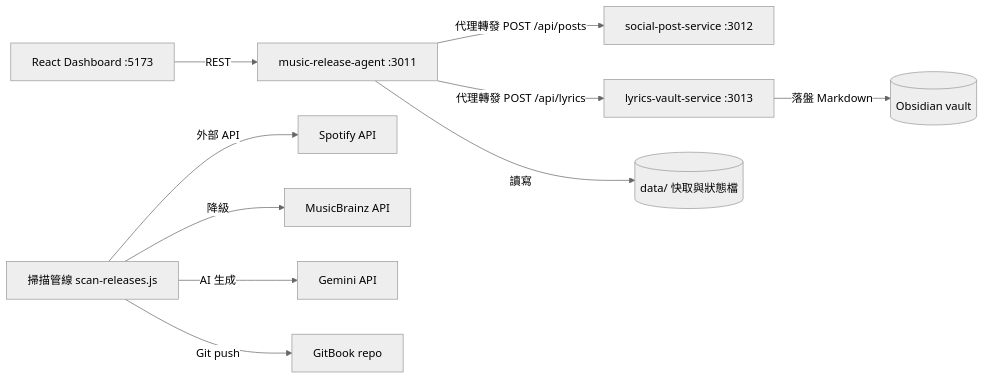
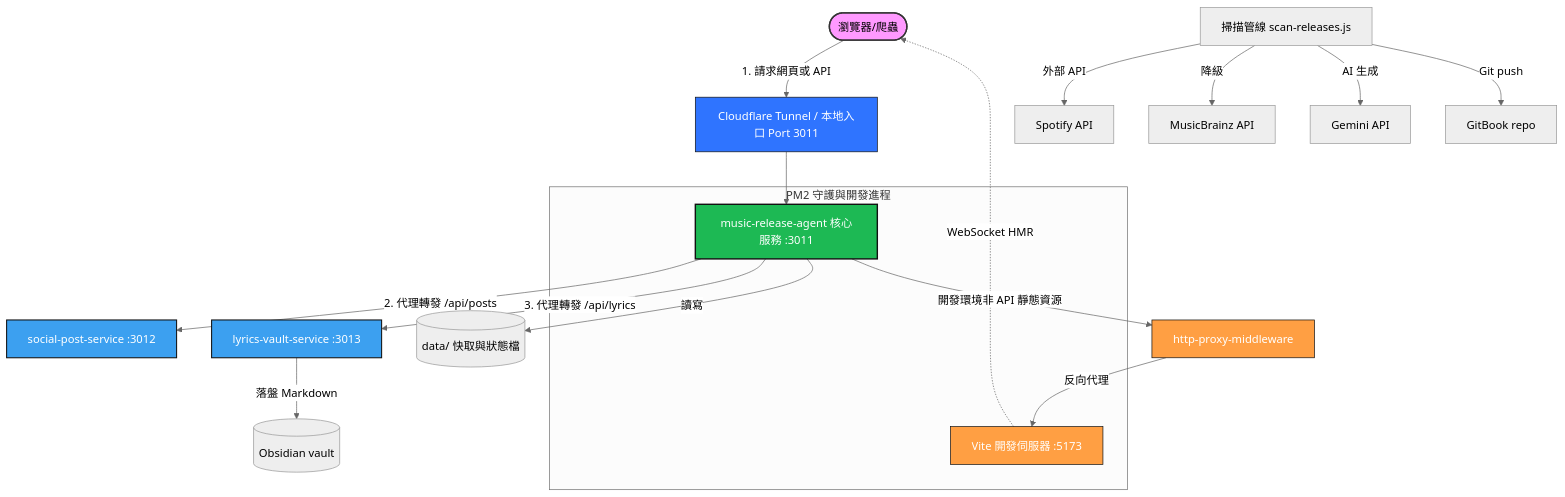
Before and after one commit to sunpochin/music-release-agent: the diagram in docs/architecture.md, drawn with Mermaid (neutral theme). The commit also changed other lines of this file and 14 other files, not shown here.

````diff
--- a/docs/architecture.md
+++ b/docs/architecture.md
@@ -11,12 +11,39 @@
 ```mermaid
-graph LR
-    Dashboard[React Dashboard :5173] -->|REST| Core[music-release-agent :3011]
-    Core -->|代理轉發 POST /api/posts| Social[social-post-service :3012]
-    Core -->|代理轉發 POST /api/lyrics| Lyrics[lyrics-vault-service :3013]
+graph TD
+    %% 定義風格
+    classDef client fill:#f9f,stroke:#333,stroke-width:2px;
+    classDef cf fill:#2f74ff,stroke:#111,stroke-width:1px,color:#fff;
+    classDef backend fill:#1db954,stroke:#111,stroke-width:2px,color:#fff;
+    classDef companion fill:#3ca0f0,stroke:#111,stroke-width:1.5px,color:#fff;
+    classDef frontend fill:#ff9f43,stroke:#111,stroke-width:1px,color:#fff;
+
+    User([瀏覽器/爬蟲]) -->|1. 請求網頁或 API| CF[Cloudflare Tunnel / 本地入口 Port 3011]
+    CF --> Server[music-release-agent 核心服務 :3011]
+
+    subgraph PM2 守護與開發進程
+        Server
+        Vite[Vite 開發伺服器 :5173]
+    end
+
+    Server -->|2. 代理轉發 /api/posts| Social[social-post-service :3012]
+    Server -->|3. 代理轉發 /api/lyrics| Lyrics[lyrics-vault-service :3013]
     Lyrics -->|落盤 Markdown| Vault[(Obsidian vault)]
-    Core -->|讀寫| Data[(data/ 快取與狀態檔)]
+
+    Server -->|讀寫| Data[(data/ 快取與狀態檔)]
     Scanner[掃描管線 scan-releases.js] -->|外部 API| Spotify[Spotify API]
     Scanner -->|降級| MB[MusicBrainz API]
     Scanner -->|AI 生成| Gemini[Gemini API]
     Scanner -->|Git push| GitBook[GitBook repo]
+
+    %% 判斷路由與環境
+    Server -->|開發環境非 API 靜態資源| Proxy[http-proxy-middleware]
+    Proxy -->|反向代理| Vite
+    Vite -.->|WebSocket HMR| User
+
+    %% 套用風格
+    class User client;
+    class CF cf;
+    class Server backend;
+    class Social,Lyrics companion;
+    class Vite,Proxy frontend;
 ```
````
